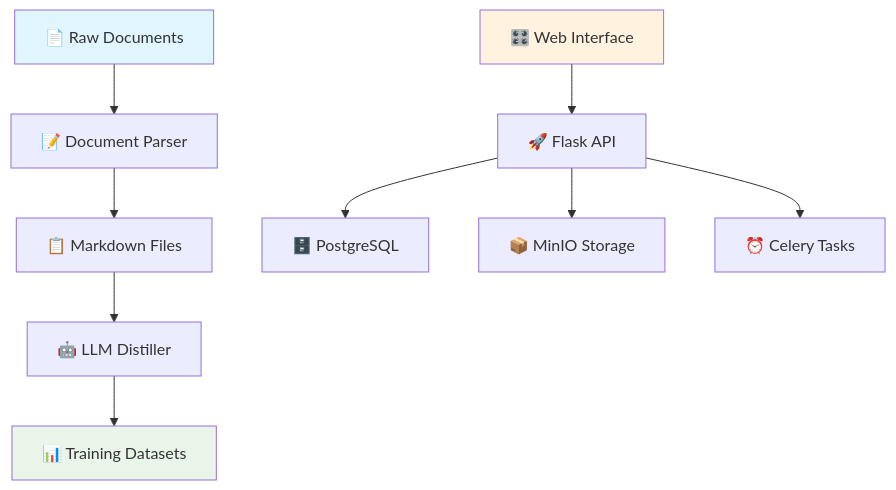
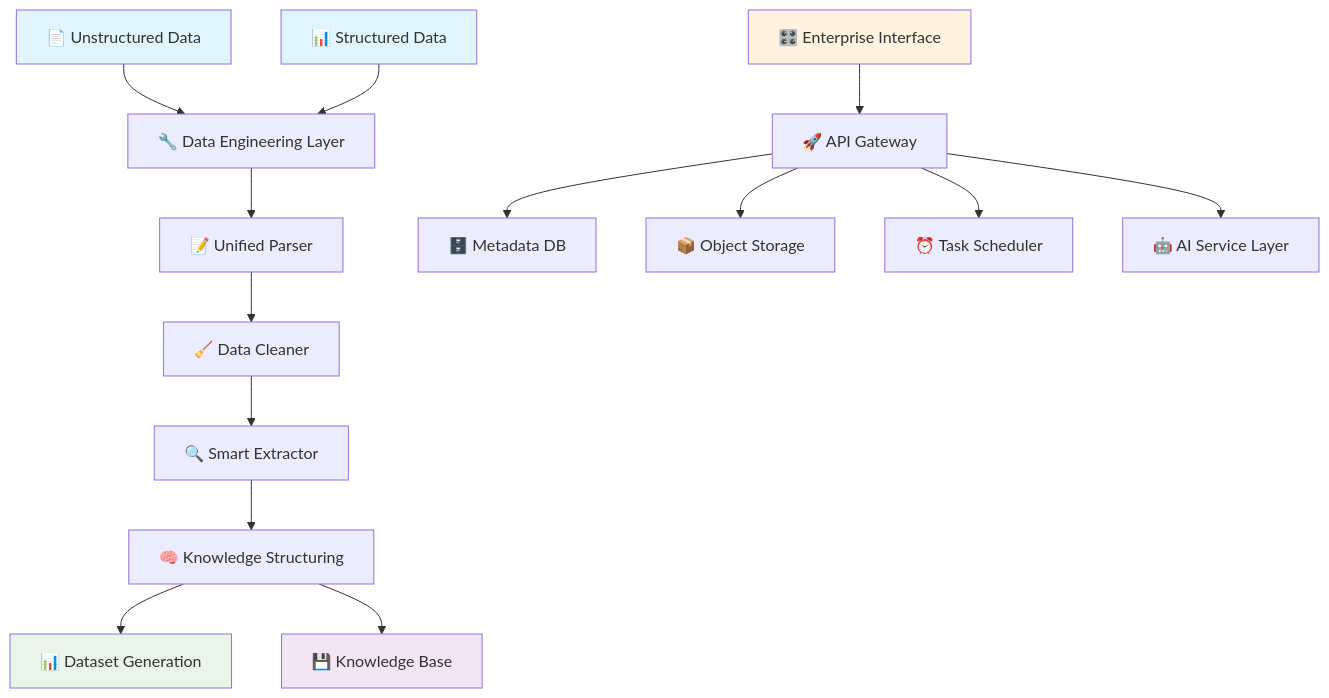
Before and after one commit to hikariming/pindata: the diagram in README.md, drawn with Mermaid. The commit also changed other lines of this file and 22 other files, not shown here.

````diff
--- a/README.md
+++ b/README.md
@@ -64,16 +71,23 @@
 ```mermaid
 graph TD
-    A[📄 Raw Documents] --> B[📝 Document Parser]
-    B --> C[📋 Markdown Files]
-    C --> D[🤖 LLM Distiller]
-    D --> E[📊 Training Datasets]
+    A[📄 Unstructured Data] --> B[🔧 Data Engineering Layer]
+    A1[📊 Structured Data] --> B
+    B --> C[📝 Unified Parser]
+    C --> D[🧹 Data Cleaner]
+    D --> E[🔍 Smart Extractor]
+    E --> F[🧠 Knowledge Structuring]
+    F --> G[📊 Dataset Generation]
+    F --> H[💾 Knowledge Base]
     
-    F[🎛️ Web Interface] --> G[🚀 Flask API]
-    G --> H[🗄️ PostgreSQL]
-    G --> I[📦 MinIO Storage]
-    G --> J[⏰ Celery Tasks]
+    I[🎛️ Enterprise Interface] --> J[🚀 API Gateway]
+    J --> K[🗄️ Metadata DB]
+    J --> L[📦 Object Storage]
+    J --> M[⏰ Task Scheduler]
+    J --> N[🤖 AI Service Layer]
     
     style A fill:#e1f5fe
-    style E fill:#e8f5e8
-    style F fill:#fff3e0
+    style A1 fill:#e1f5fe
+    style G fill:#e8f5e8
+    style H fill:#f3e5f5
+    style I fill:#fff3e0
 ```
````
